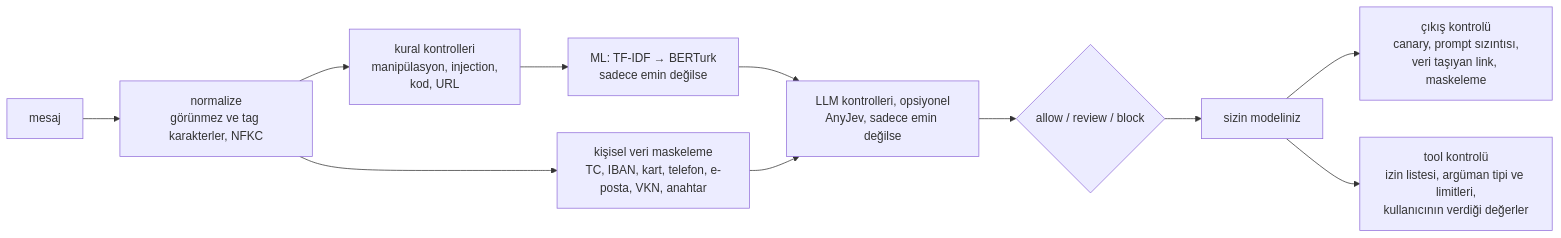
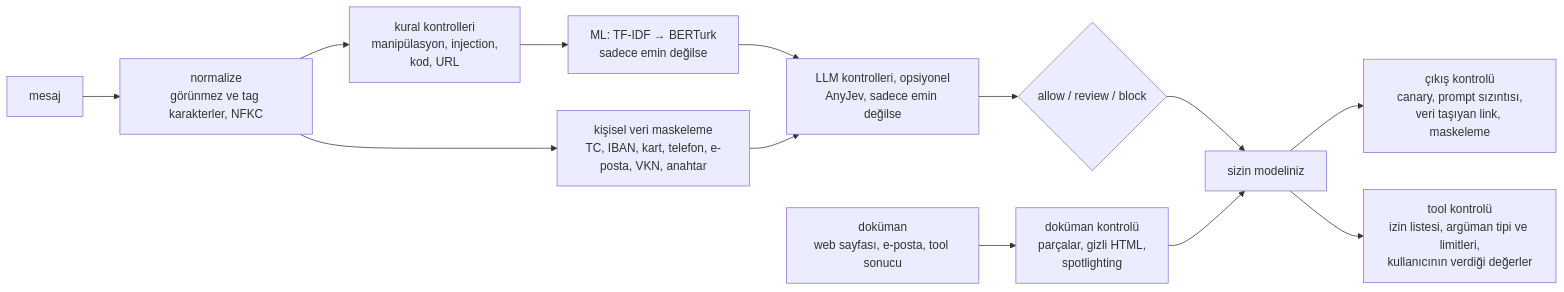
Before and after one commit to efronh/sieve: the diagram in README.tr.md, drawn with Mermaid. The commit also changed other lines of this file and 13 other files, not shown here.

````diff
--- a/README.tr.md
+++ b/README.tr.md
@@ -47,12 +61,13 @@
 ```mermaid
 flowchart LR
     A[mesaj] --> N[normalize<br/>görünmez ve tag karakterler, NFKC]
     N --> M[kişisel veri maskeleme<br/>TC, IBAN, kart, telefon, e-posta, VKN, anahtar]
     N --> C[kural kontrolleri<br/>manipülasyon, injection,<br/>kod, URL]
     C --> ML[ML: TF-IDF → BERTurk<br/>sadece emin değilse]
     ML --> L[LLM kontrolleri, opsiyonel<br/>AnyJev, sadece emin değilse]
     M --> L
     L --> R{allow / review / block}
     R --> LLM[sizin modeliniz] --> O[çıkış kontrolü<br/>canary, prompt sızıntısı,<br/>veri taşıyan link, maskeleme]
     LLM --> T[tool kontrolü<br/>izin listesi, argüman tipi ve limitleri,<br/>kullanıcının verdiği değerler]
+    D[doküman<br/>web sayfası, e-posta, tool sonucu] --> DG[doküman kontrolü<br/>parçalar, gizli HTML,<br/>spotlighting] --> LLM
 ```
````
